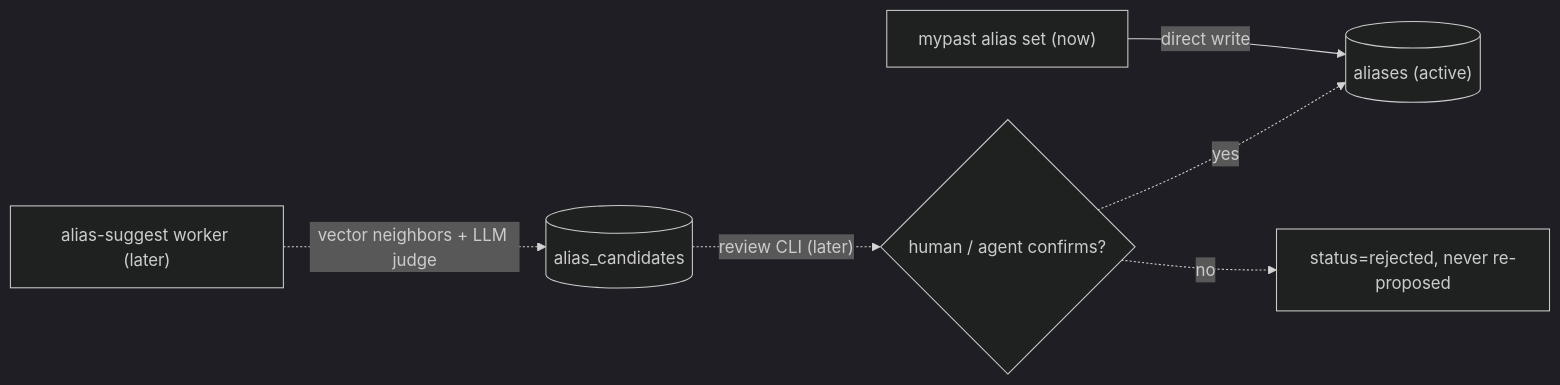
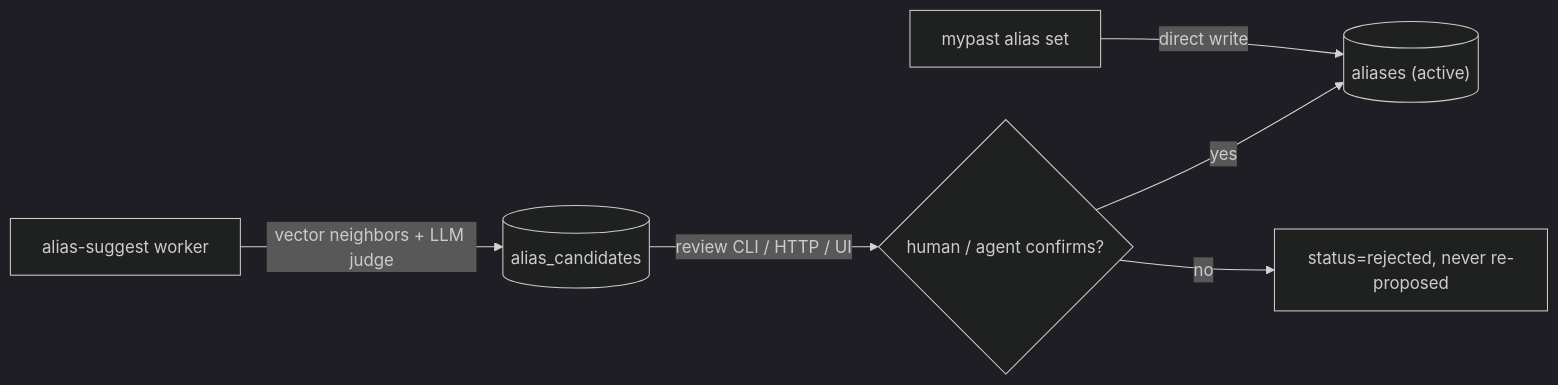
One commit to colinleefish/rmb changed the second of 2 diagrams in docs/aliases.md. Above: the diagram before and after it, drawn with Mermaid (dark theme). The commit also changed other lines of this file and 125 other files, not shown here.

First line of the commit message:
Add alias-suggest worker (propose-and-confirm)

````diff
--- a/docs/aliases.md
+++ b/docs/aliases.md
@@ -175,8 +177,8 @@
 ```mermaid
 flowchart LR
-    Worker["alias-suggest worker (later)"] -.->|"vector neighbors + LLM judge"| Cand[("alias_candidates")]
-    Cand -.->|"review CLI (later)"| Human{"human / agent confirms?"}
-    Human -.->|yes| Aliases[("aliases (active)")]
-    Human -.->|no| Rejected["status=rejected, never re-proposed"]
-    Direct["mypast alias set (now)"] -->|direct write| Aliases
+    Worker["alias-suggest worker"] -->|"vector neighbors + LLM judge"| Cand[("alias_candidates")]
+    Cand -->|"review CLI / HTTP / UI"| Human{"human / agent confirms?"}
+    Human -->|yes| Aliases[("aliases (active)")]
+    Human -->|no| Rejected["status=rejected, never re-proposed"]
+    Direct["mypast alias set"] -->|direct write| Aliases
 ```
````
